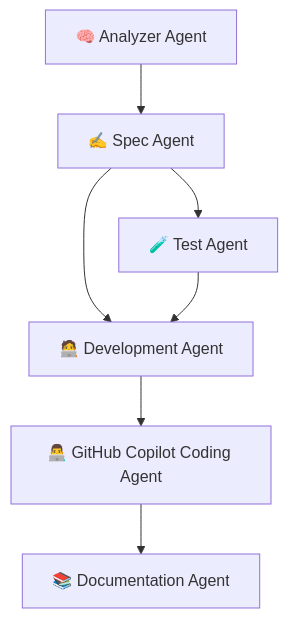
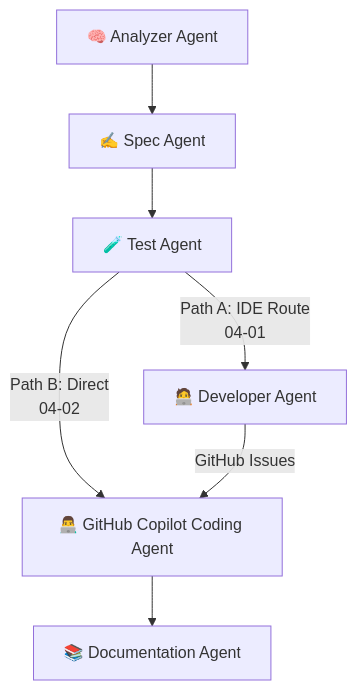
Before and after one commit to pascalvanderheiden/pascal-to-java-ai-dev-template-copilot: the diagram in docs/agent-flow.md, drawn with Mermaid. The commit also changed other lines of this file and 10 other files, not shown here.

Commit message:
Refactor agent names for consistency and remove deprecated development agent files

````diff
--- a/docs/agent-flow.md
+++ b/docs/agent-flow.md
@@ -12,9 +12,9 @@
 ```mermaid
 flowchart TD
     A[🧠 Analyzer Agent] --> B[✍️ Spec Agent]
     B --> C[🧪 Test Agent]
-    B --> D[🧑‍💻 Development Agent]
-    C --> D
+    C -->|Path A: IDE Route<br/>04-01| D[🧑‍💻 Developer Agent]
+    C -->|Path B: Direct<br/>04-02| F[👨‍💻 GitHub Copilot Coding Agent]
+    D -->|GitHub Issues| F
     F --> E[📚 Documentation Agent]
-    D --> F[👨‍💻 GitHub Copilot Coding Agent]
 ```
````
